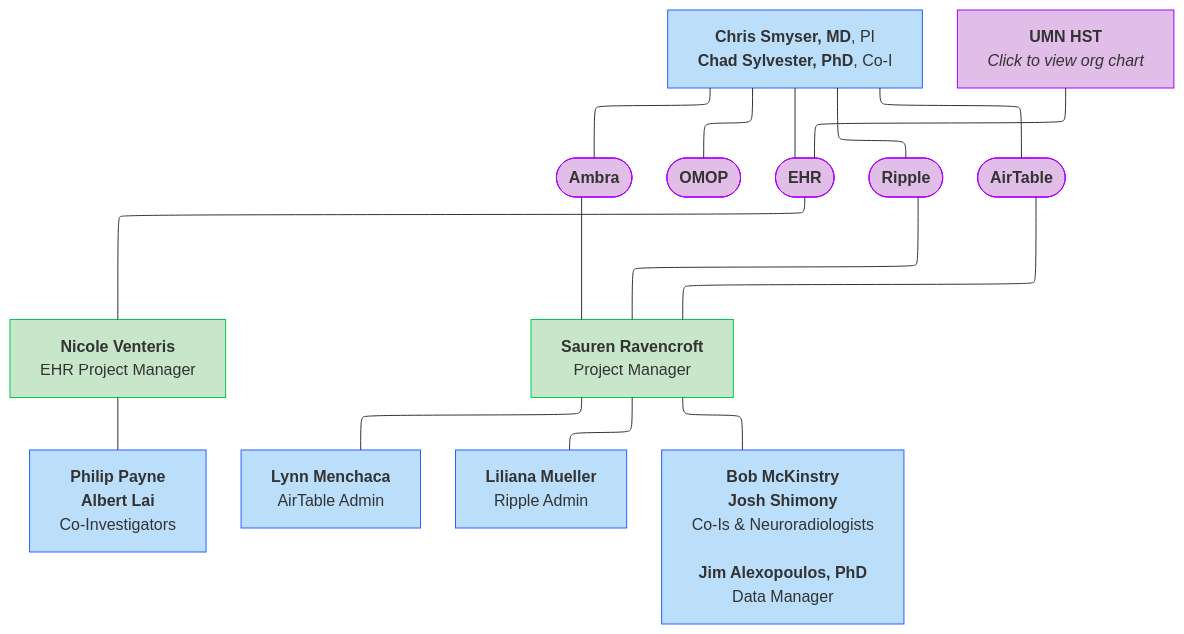
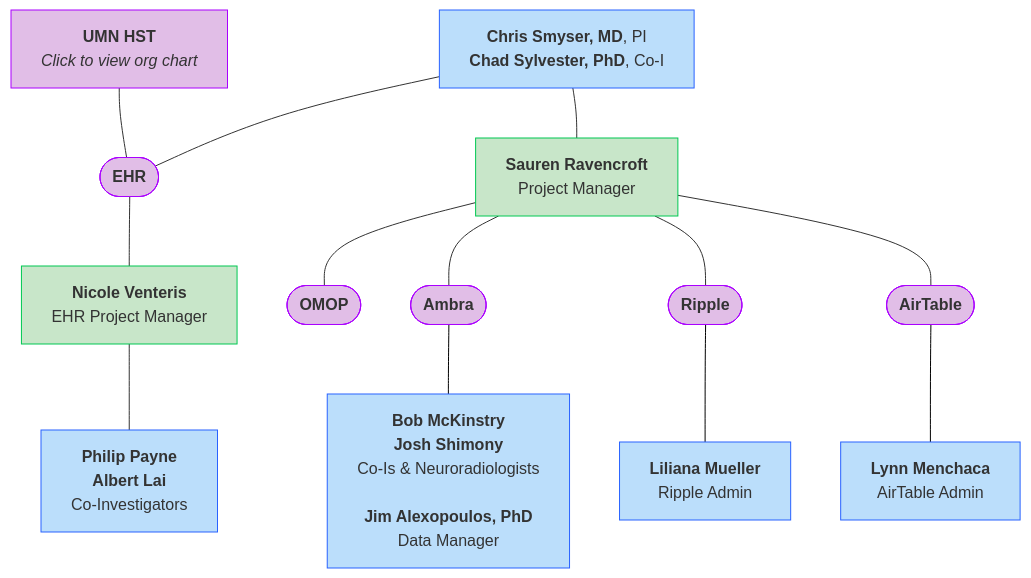
One commit to DCAN-Labs/hbcd-docs-internal changed the ninth of 10 diagrams in docs/orgcharts.md. Above: the diagram before and after it, drawn with Mermaid.

````diff
--- a/docs/orgcharts.md
+++ b/docs/orgcharts.md
@@ -467,38 +467,31 @@
 ```mermaid
----
-config:
-  layout: elk
----
 flowchart TB
-    A["<b>Chris Smyser, MD</b>, PI<br><b>Chad Sylvester, PhD</b>, Co-I"] --- ambra(["<b>Ambra</b>"]) & n11(["<b>OMOP</b>"]) & C(["<b>EHR</b><br>"]) & n5(["<b>Ripple</b>"]) & n6(["<b>AirTable</b>"])
-    n12["<b>UMN HST</b><br><i>Click to view org chart</i>"] --- C
+    A["<b>Sauren Ravencroft</b><br>Project Manager"] --- ambra(["<b>Ambra</b>"]) & n11(["<b>OMOP</b>"]) & n5(["<b>Ripple</b>"]) & n6(["<b>AirTable</b>"])
+    n12["<b>UMN HST</b><br><i>Click to view org chart</i>"] --- C(["<b>EHR</b><br>"])
     C --- n13["<b>Nicole Venteris</b><br>EHR Project Manager"]
     n13 --- n3["<b>Philip Payne</b><br><b>Albert Lai</b><br>Co-Investigators"]
-    n5 --- B["<b>Sauren Ravencroft</b><br>Project Manager"]
-    n6 --- B
-    B --- n8["<b>Lynn Menchaca</b><br>AirTable Admin"] & n9["<b>Liliana Mueller</b><br>Ripple Admin"] & n1["<b>Bob McKinstry</b><br><b>Josh Shimony</b><br>Co-Is &amp; Neuroradiologists<br><br><b>Jim Alexopoulos, PhD</b><br>Data Manager"]
-    ambra --- B
-    n5 ~~~ n9
-    ambra ~~~ n1
-    n6 ~~~ n8
-    style A fill:#BBDEFB,stroke:#2962FF
+    n5 --- n9["<b>Liliana Mueller</b><br>Ripple Admin"]
+    n6 --- n8["<b>Lynn Menchaca</b><br>AirTable Admin"]
+    ambra --- n1["<b>Bob McKinstry</b><br><b>Josh Shimony</b><br>Co-Is &amp; Neuroradiologists<br><br><b>Jim Alexopoulos, PhD</b><br>Data Manager"]
+    n14["<b>Chris Smyser, MD</b>, PI<br><b>Chad Sylvester, PhD</b>, Co-I"] --- A & C
+    style A fill:#C8E6C9,stroke:#00C853
     style ambra fill:#E1BEE7,stroke:#AA00FF
     style n11 fill:#E1BEE7,stroke:#AA00FF
-    style C fill:#E1BEE7,stroke:#AA00FF
     style n5 fill:#E1BEE7,stroke:#AA00FF
     style n6 fill:#E1BEE7,stroke:#AA00FF
     style n12 fill:#E1BEE7,stroke:#AA00FF
+    style C fill:#E1BEE7,stroke:#AA00FF
     style n13 fill:#C8E6C9,stroke:#00C853
     style n3 fill:#BBDEFB,stroke:#2962FF
-    style B fill:#C8E6C9,stroke:#00C853
+    style n9 fill:#BBDEFB,stroke:#2962FF
     style n8 fill:#BBDEFB,stroke:#2962FF
-    style n9 fill:#BBDEFB,stroke:#2962FF
     style n1 fill:#BBDEFB,stroke:#2962FF
+    style n14 fill:#BBDEFB,stroke:#2962FF
     click ambra "#ambra"
     click n5 "#ripple-science"
     click n6 "#airtable"
     click n12 "#health-sciences-technology"
-    linkStyle 14 stroke:none,fill:none
-    linkStyle 15 stroke:none,fill:none
-    linkStyle 16 stroke:none,fill:none
+    linkStyle 7 stroke:#000000,fill:none
+    linkStyle 8 stroke:#000000,fill:none
+    linkStyle 9 stroke:#000000,fill:none
 ```
````
